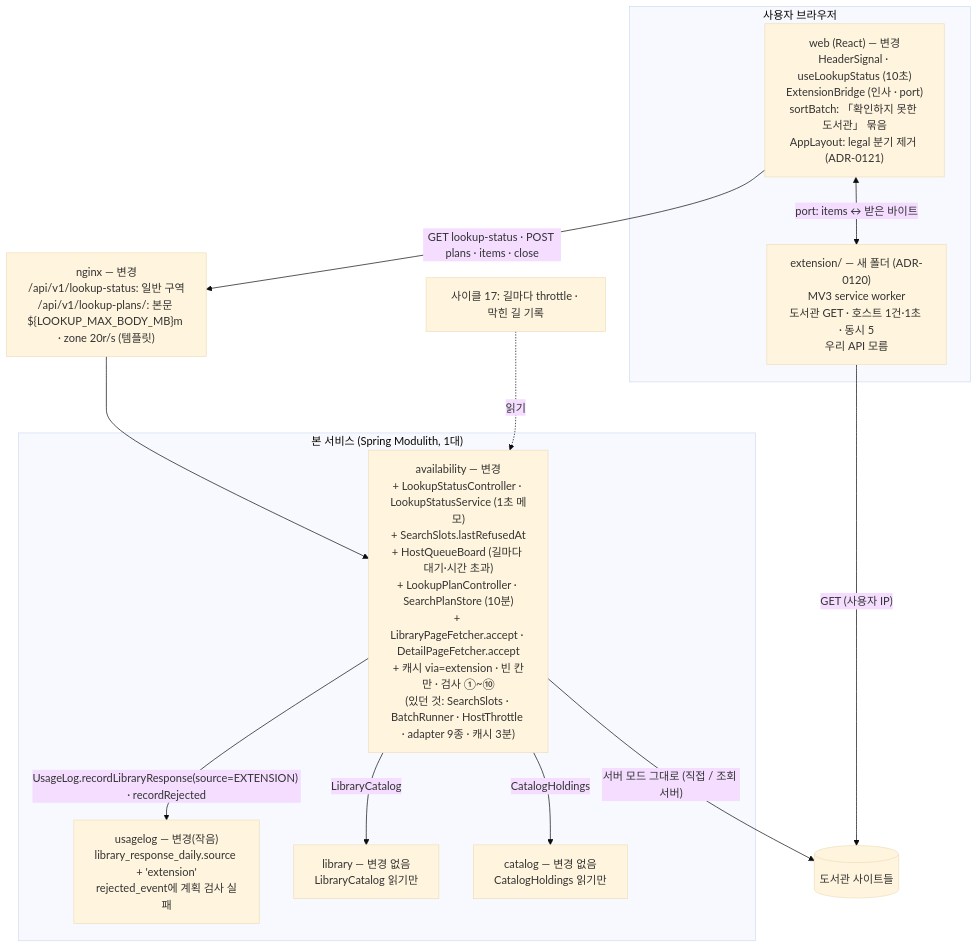
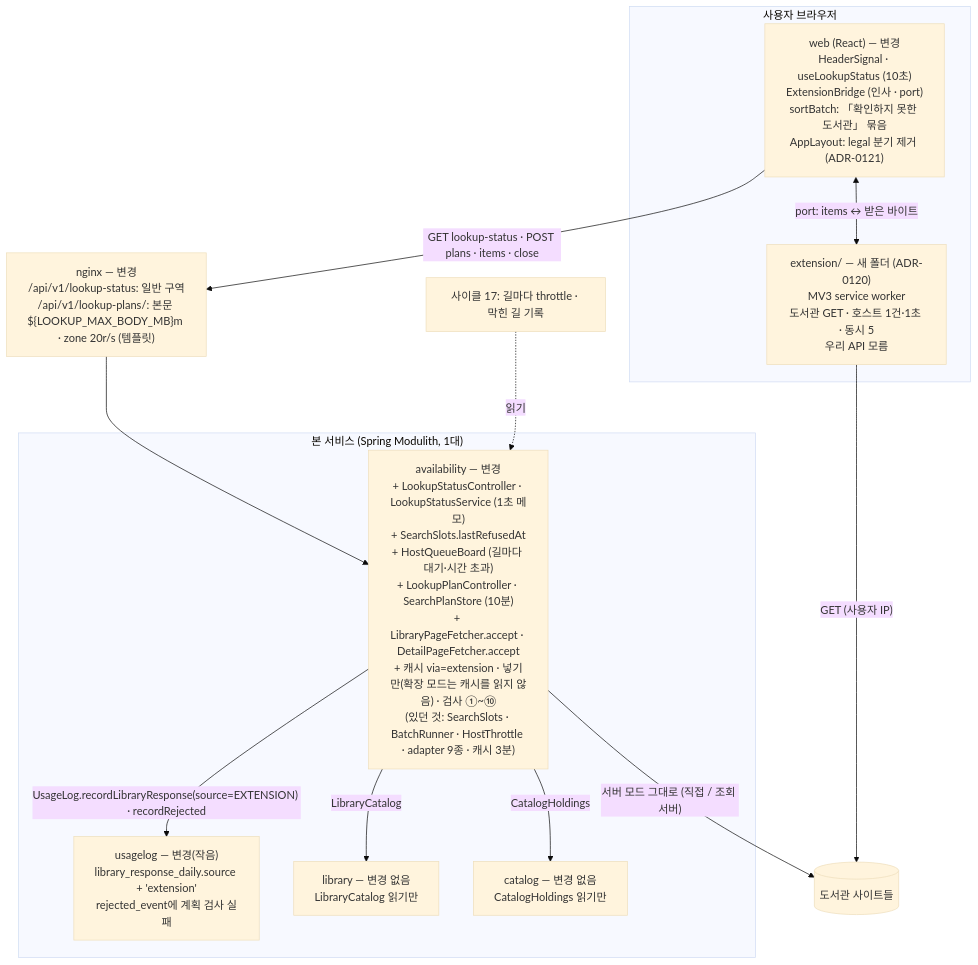
One commit to hodu-sketch/chaekcheck-plan changed the first of 5 diagrams in docs/cycles/20-lookup-status-and-extension/design-delta.md. Above: the diagram before and after it, drawn with Mermaid (base theme). The commit also changed other lines of this file and 3 other files, not shown here.

Commit message:
cycle 20: extension mode never reads server cache, only fills it (user, design-delta #9); design-delta, ADR-0119 (Proposed), page

````diff
--- a/docs/cycles/20-lookup-status-and-extension/design-delta.md
+++ b/docs/cycles/20-lookup-status-and-extension/design-delta.md
@@ -12,22 +12,22 @@
 ```mermaid
 flowchart TB
   subgraph browser["사용자 브라우저"]
     web["web (React) — 변경<br/>HeaderSignal · useLookupStatus (10초)<br/>ExtensionBridge (인사 · port)<br/>sortBatch: 「확인하지 못한 도서관」 묶음<br/>AppLayout: legal 분기 제거 (ADR-0121)"]
     ext["extension/ — 새 폴더 (ADR-0120)<br/>MV3 service worker<br/>도서관 GET · 호스트 1건·1초 · 동시 5<br/>우리 API 모름"]
   end
   nginx["nginx — 변경<br/>/api/v1/lookup-status: 일반 구역<br/>/api/v1/lookup-plans/: 본문 ${LOOKUP_MAX_BODY_MB}m · zone 20r/s (템플릿)"]
   subgraph main["본 서비스 (Spring Modulith, 1대)"]
-    av["availability — 변경<br/>+ LookupStatusController · LookupStatusService (1초 메모)<br/>+ SearchSlots.lastRefusedAt<br/>+ HostQueueBoard (길마다 대기·시간 초과)<br/>+ LookupPlanController · SearchPlanStore (10분)<br/>+ LibraryPageFetcher.accept · DetailPageFetcher.accept<br/>+ 캐시 via=extension · 빈 칸만 · 검사 ①~⑩<br/>(있던 것: SearchSlots · BatchRunner · HostThrottle · adapter 9종 · 캐시 3분)"]
+    av["availability — 변경<br/>+ LookupStatusController · LookupStatusService (1초 메모)<br/>+ SearchSlots.lastRefusedAt<br/>+ HostQueueBoard (길마다 대기·시간 초과)<br/>+ LookupPlanController · SearchPlanStore (10분)<br/>+ LibraryPageFetcher.accept · DetailPageFetcher.accept<br/>+ 캐시 via=extension · 넣기만(확장 모드는 캐시를 읽지 않음) · 검사 ①~⑩<br/>(있던 것: SearchSlots · BatchRunner · HostThrottle · adapter 9종 · 캐시 3분)"]
     ul["usagelog — 변경(작음)<br/>library_response_daily.source + 'extension'<br/>rejected_event에 계획 검사 실패"]
     lib["library — 변경 없음<br/>LibraryCatalog 읽기만"]
     cat["catalog — 변경 없음<br/>CatalogHoldings 읽기만"]
     av -->|"UsageLog.recordLibraryResponse(source=EXTENSION) · recordRejected"| ul
     av -->|"LibraryCatalog"| lib
     av -->|"CatalogHoldings"| cat
   end
   web -->|"GET lookup-status · POST plans · items · close"| nginx --> av
   web <-->|"port: items ↔ 받은 바이트"| ext
   ext -->|"GET (사용자 IP)"| sites[("도서관 사이트들")]
   av -->|"서버 모드 그대로 (직접 / 조회 서버)"| sites
   bl["사이클 17: 길마다 throttle · 막힌 길 기록"] -.->|"읽기"| av
 ```
````
